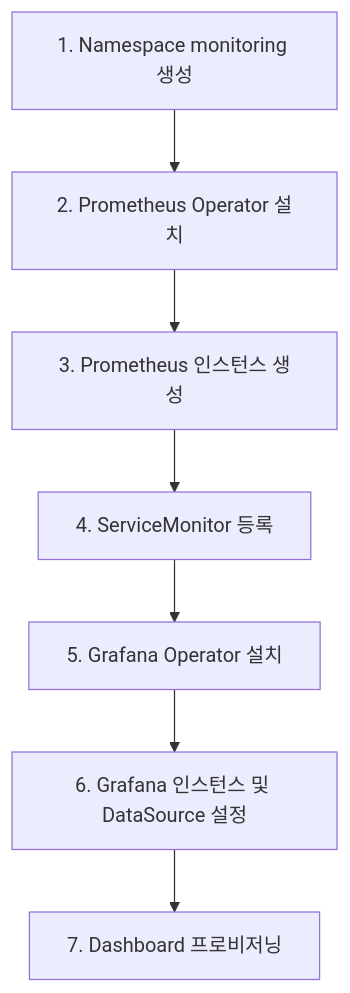
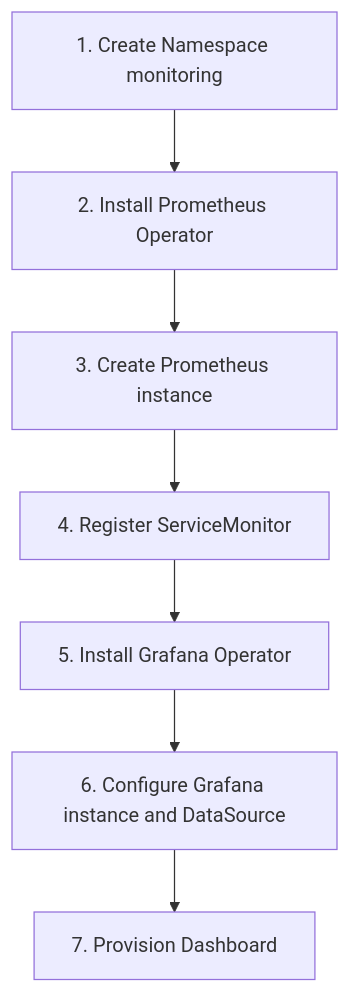
One commit to jeonck/k8s-adv changed the second of 2 diagrams in content/operator/45-prometheus-grafana-operator-install.md. Above: the diagram before and after it, drawn with Mermaid. The commit also changed other lines of this file and 223 other files, not shown here.

````diff
--- a/content/operator/45-prometheus-grafana-operator-install.md
+++ b/content/operator/45-prometheus-grafana-operator-install.md
@@ -76,9 +76,9 @@
 ```mermaid
 flowchart TD
-    A[1. Namespace monitoring 생성] --> B[2. Prometheus Operator 설치]
-    B --> C[3. Prometheus 인스턴스 생성]
-    C --> D[4. ServiceMonitor 등록]
-    D --> E[5. Grafana Operator 설치]
-    E --> F[6. Grafana 인스턴스 및 DataSource 설정]
-    F --> G[7. Dashboard 프로비저닝]
+    A[1. Create Namespace monitoring] --> B[2. Install Prometheus Operator]
+    B --> C[3. Create Prometheus instance]
+    C --> D[4. Register ServiceMonitor]
+    D --> E[5. Install Grafana Operator]
+    E --> F[6. Configure Grafana instance and DataSource]
+    F --> G[7. Provision Dashboard]
 ```
````
